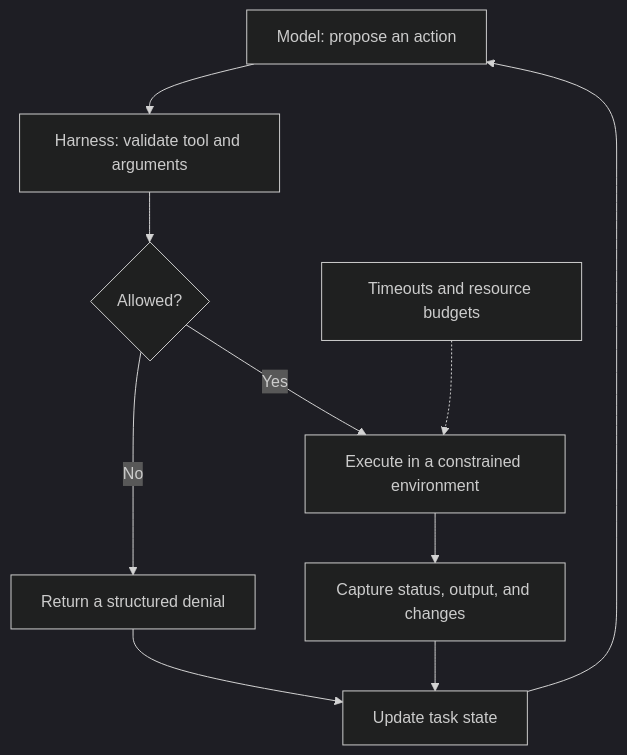
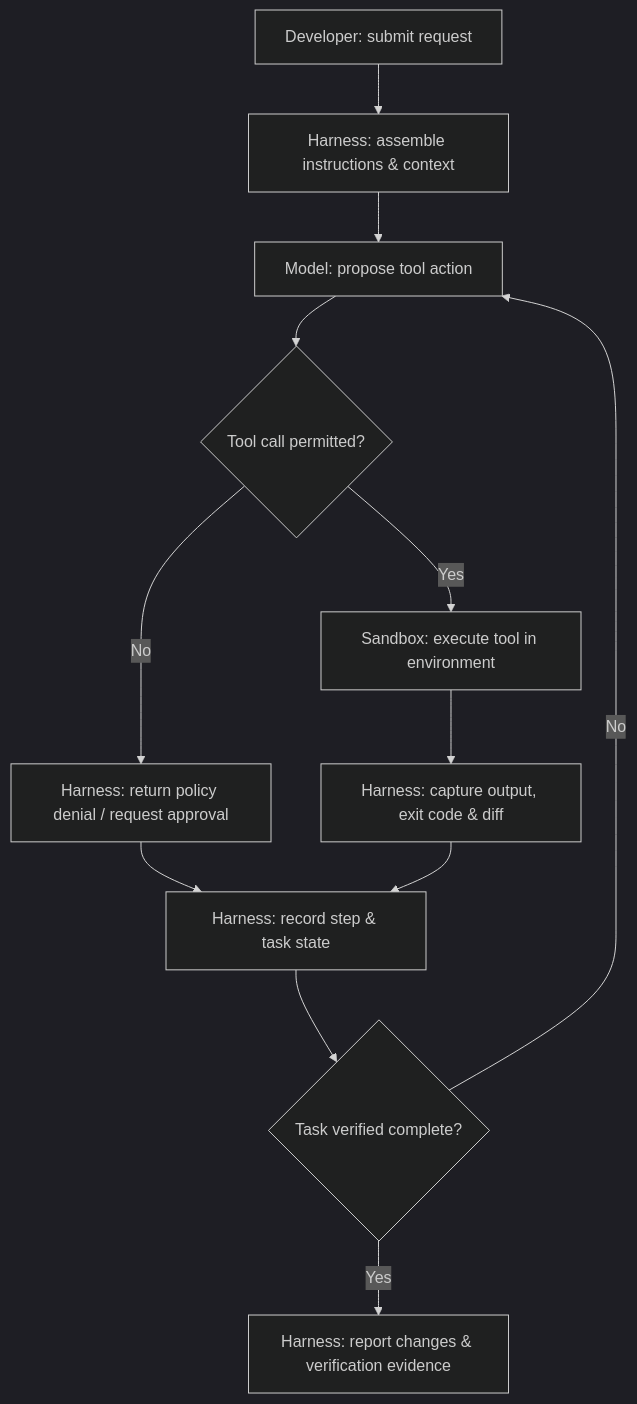
Before and after one commit to tharun15/gcloudcafe: the first of 2 diagrams in content/english/blog/beyond-the-prompt-inside-the-ai-agent-harness.md, drawn with Mermaid (dark theme). The commit also changed other lines of this file, not shown here.

Commit message:
feat(blog): update Part 1 content with Antigravity vs Codex comparison and Portability Architecture diagram

````diff
--- a/content/english/blog/beyond-the-prompt-inside-the-ai-agent-harness.md
+++ b/content/english/blog/beyond-the-prompt-inside-the-ai-agent-harness.md
@@ -70,12 +71,14 @@
 ```mermaid
 flowchart TD
-    M["Model: propose an action"] --> V["Harness: validate tool and arguments"]
-    V --> P{"Allowed?"}
-    P -->|No| D["Return a structured denial"]
-    P -->|Yes| E["Execute in a constrained environment"]
-    E --> O["Capture status, output, and changes"]
-    O --> S["Update task state"]
-    D --> S
-    S --> M
-    B["Timeouts and resource budgets"] -.-> E
+    User["Developer: submit request"] --> Context["Harness: assemble instructions & context"]
+    Context --> Model["Model: propose tool action"]
+    Model --> Check{"Tool call permitted?"}
+    Check -->|No| Feedback["Harness: return policy denial / request approval"]
+    Check -->|Yes| Execute["Sandbox: execute tool in environment"]
+    Execute --> Observe["Harness: capture output, exit code & diff"]
+    Feedback --> State["Harness: record step & task state"]
+    Observe --> State
+    State --> Done{"Task verified complete?"}
+    Done -->|No| Model
+    Done -->|Yes| Report["Harness: report changes & verification evidence"]
 ```
````
